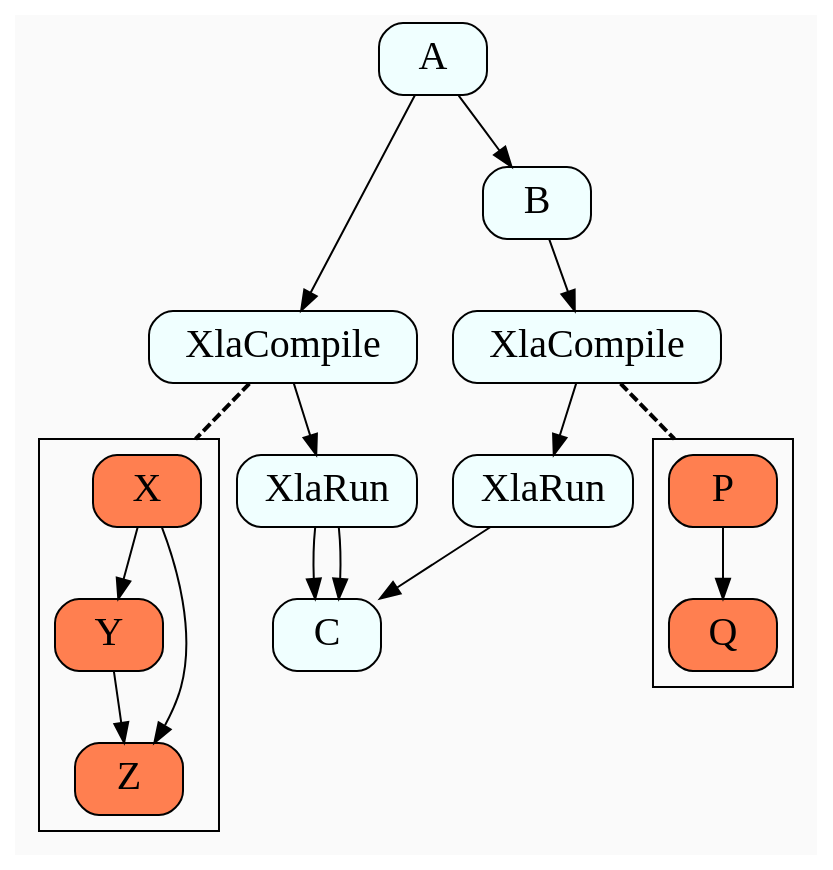
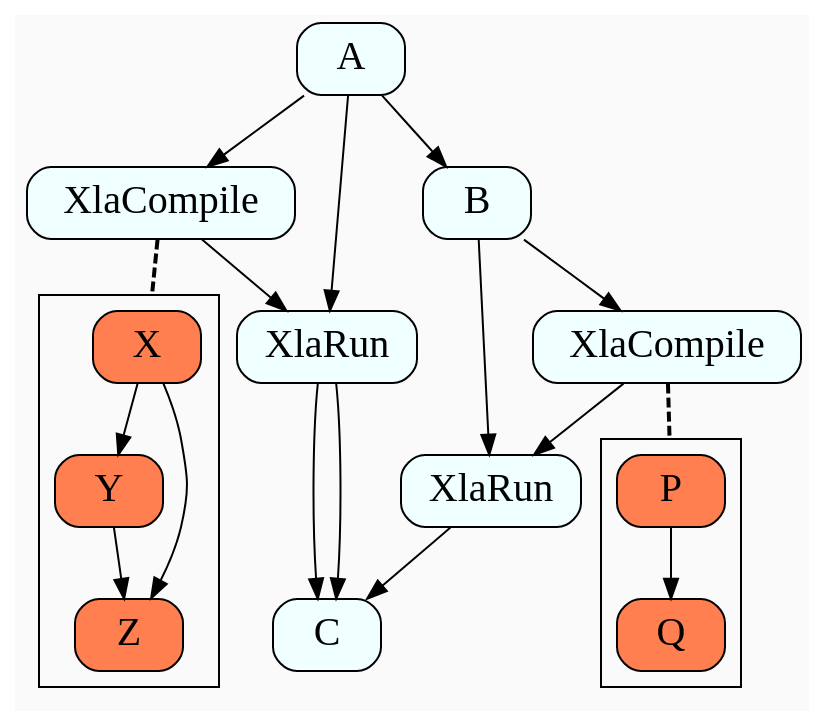
Before and after one commit to sanjoy/auto-clustering-presentation: the diagram in tf-xla-bridge-in-action-c.dot, drawn with Graphviz.

Commit message:
Fix "in action" slide.

```diff
--- a/tf-xla-bridge-in-action-c.dot
+++ b/tf-xla-bridge-in-action-c.dot
@@ -1,40 +1,42 @@
 digraph {
   graph[bgcolor=gray98,compound=true]
   node[fontsize=20,shape=box,fillcolor=azure, style="filled,rounded"]
 
   XlaCompile0[label=XlaCompile,fontsize=20]
   XlaRun0[label=XlaRun,fontsize=20]
 
   XlaCompile1[label=XlaCompile,fontsize=20]
   XlaRun1[label=XlaRun,fontsize=20]
 
   A -> XlaCompile0
   XlaCompile0 -> XlaRun0
+  A -> XlaRun0
   XlaRun0 -> C
   XlaRun0 -> C
 
   A -> B
   B -> XlaCompile1
   XlaCompile1 -> XlaRun1
+  B -> XlaRun1
   XlaRun1 -> C
 
   subgraph cluster0 {
     X[fillcolor=coral]
     Y[fillcolor=coral]
     Z[fillcolor=coral]
 
     X -> Y
     X -> Z
     Y -> Z
   }
 
   subgraph cluster1 {
     P[fillcolor=coral]
     Q[fillcolor=coral]
 
     P -> Q
   }
 
   XlaCompile0 -> X[lhead=cluster0,style="dashed,bold",dir=none]
   XlaCompile1 -> P[lhead=cluster1,style="dashed,bold",dir=none]
 }
```
